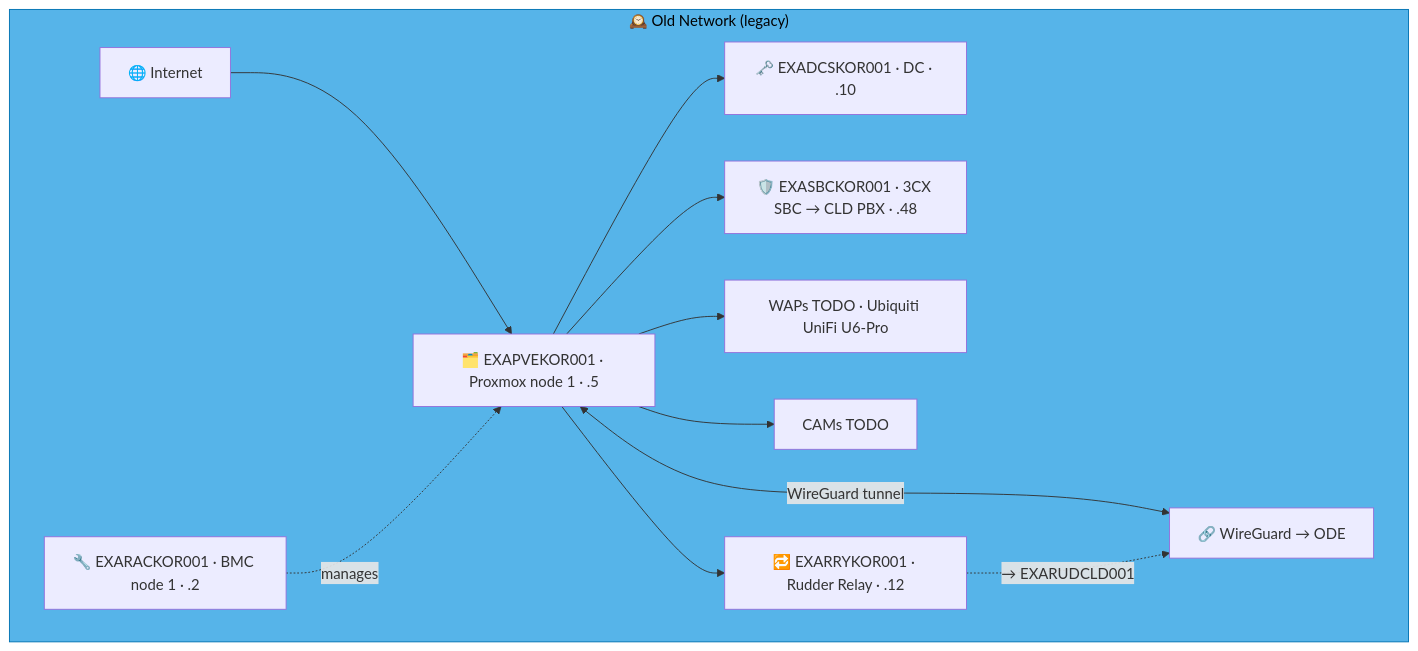
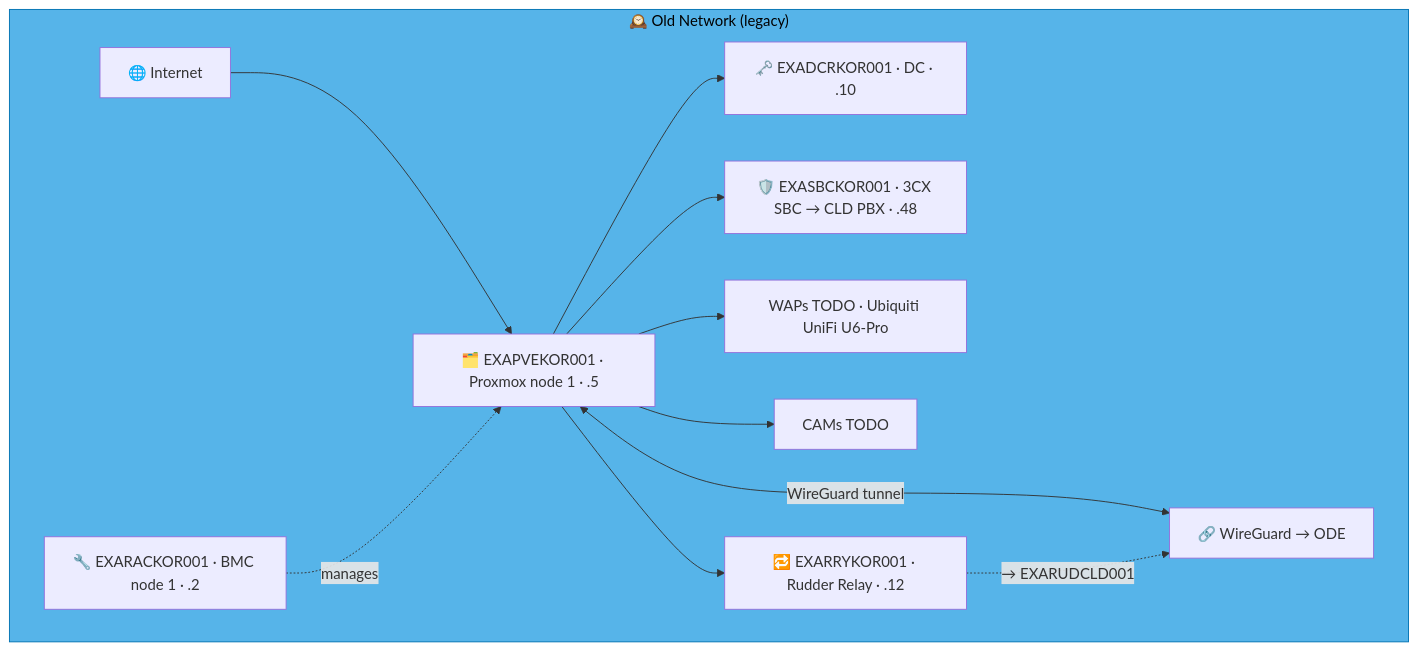
Before and after one commit to knightmare2600/example_music_infra: diagram 13 of 23 in docs/network-diagram/danmark.md, drawn with Mermaid. The commit also changed other lines of this file and 8 other files, not shown here.

````diff
--- a/docs/network-diagram/danmark.md
+++ b/docs/network-diagram/danmark.md
@@ -610,23 +593,23 @@
 ```mermaid
 graph TD
     subgraph OLD_KOR ["🕰️ Old Network (legacy)"]
       INET["🌐 Internet"]
       RAC["🔧 EXARACKOR001 · BMC node 1 · .2"]
       PVE["🗂️ EXAPVEKOR001 · Proxmox node 1 · .5"]
-      DC["🗝️ EXADCSKOR001 · DC · .10"]
+      DC["🗝️ EXADCRKOR001 · DC · .10"]
       SBC["🛡️ EXASBCKOR001 · 3CX SBC → CLD PBX · .48"]
       RRY["🔁 EXARRYKOR001 · Rudder Relay · .12"]
       WAP["WAPs TODO · Ubiquiti UniFi U6-Pro"]
       CAM["CAMs TODO"]
       VPN["🔗 WireGuard → ODE"]
 
       INET --> PVE --> DC & SBC
       RAC -.->|"manages"| PVE
       PVE --> WAP & CAM
       PVE <-->|"WireGuard tunnel"| VPN
 
       PVE --> RRY
       RRY -. "→ EXARUDCLD001" .-> VPN
     end
     style OLD_KOR fill:#56B4E9,stroke:#0072B2,color:#000000
 ```
````
